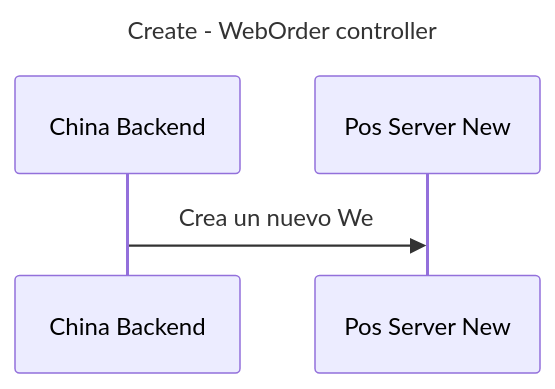
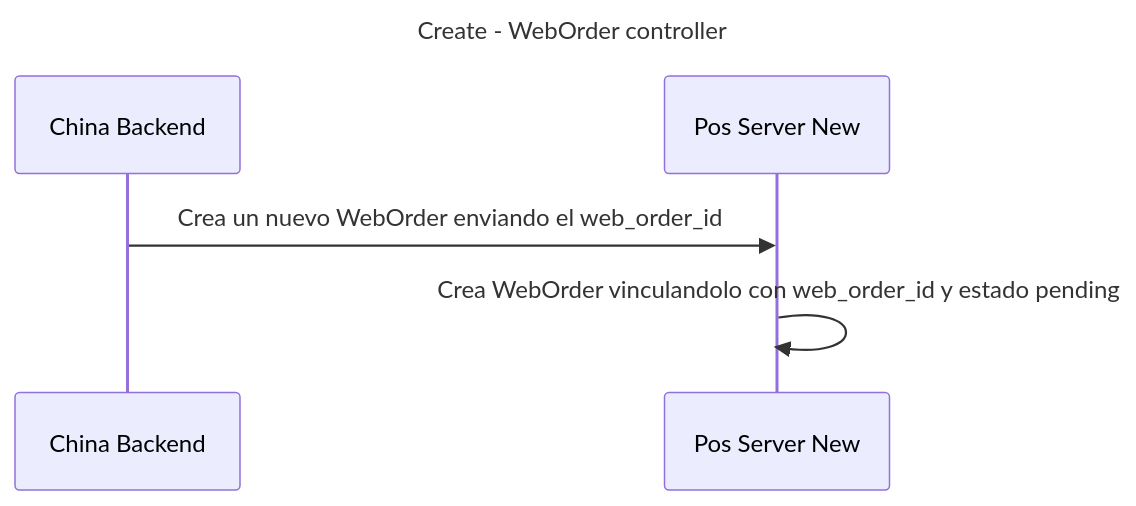
One commit to javix70/personal_obsidian changed the second of 3 diagrams in 100_niufoods/03_projects/pos_server_new/documentation/orders/diagramns.md. Above: the diagram before and after it, drawn with Mermaid. The commit also changed 4 other files, not shown here.

````diff
--- a/100_niufoods/03_projects/pos_server_new/documentation/orders/diagramns.md
+++ b/100_niufoods/03_projects/pos_server_new/documentation/orders/diagramns.md
@@ -19,11 +19,12 @@
 ```mermaid
 ---
 title: Create - WebOrder controller
 ---
 sequenceDiagram
 	participant CB as China Backend
 	participant PSN as Pos Server New
 
-	CB->>PSN: Crea un nuevo We 
+	CB->>PSN: Crea un nuevo WebOrder enviando el web_order_id
+	PSN->>PSN: Crea WebOrder vinculandolo con web_order_id y estado pending
 	
 ```
````
